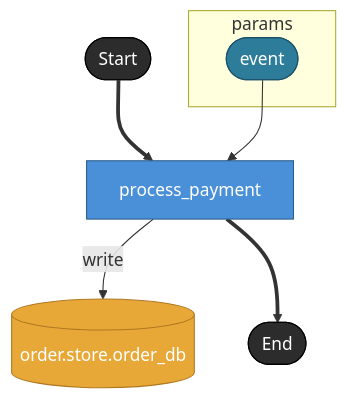
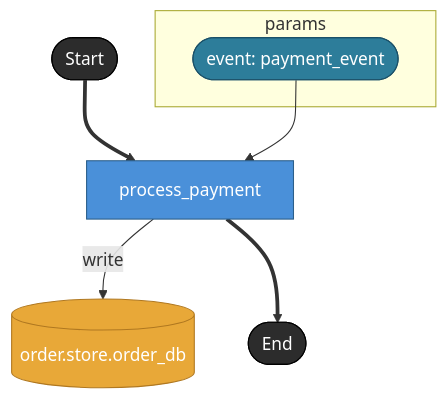
One commit to hiroshiasayadev-prog/brewprint changed the diagram in docs/uc/001-ec-checkout-flow/renders/commerce/dag-process_payment.md. Above: the diagram before and after it, drawn with Mermaid. The commit also changed 18 other files, not shown here.

````diff
--- a/docs/uc/001-ec-checkout-flow/renders/commerce/dag-process_payment.md
+++ b/docs/uc/001-ec-checkout-flow/renders/commerce/dag-process_payment.md
@@ -12,21 +12,21 @@
 ```mermaid
 flowchart TD
   subgraph params
-    event([event])
+    event([event: payment_event])
   end
 
   _start([Start]) ==> process_payment[process_payment]
   event --> process_payment
 
   process_payment -- "write" --> order.store.order_db[(order.store.order_db)]
   process_payment ==> _end([End])
 
   classDef taskNode     fill:#4A90D9,stroke:#2C5F8A,color:#fff
   classDef storeNode    fill:#E8A838,stroke:#B07820,color:#fff
   classDef terminalNode fill:#2C2C2C,stroke:#000,color:#fff
   classDef boundaryNode fill:#2D7D9A,stroke:#1A5068,color:#fff
   class process_payment taskNode
   class order.store.order_db storeNode
   class _start,_end terminalNode
   class event boundaryNode
 ```
````
